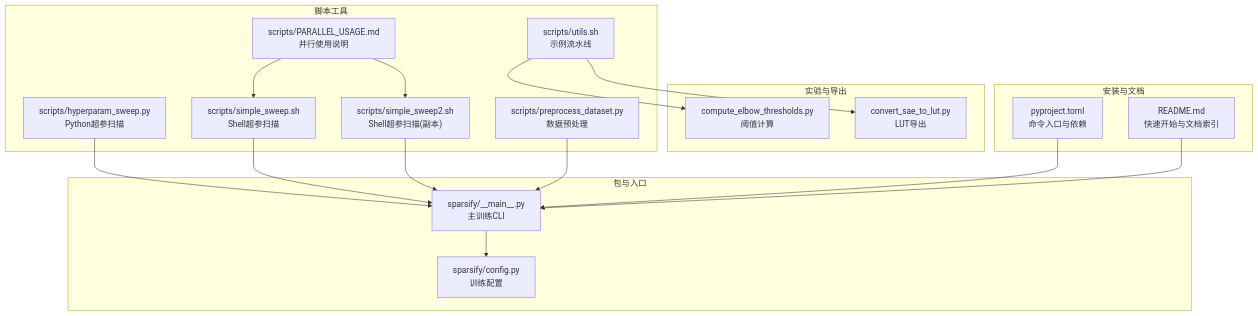
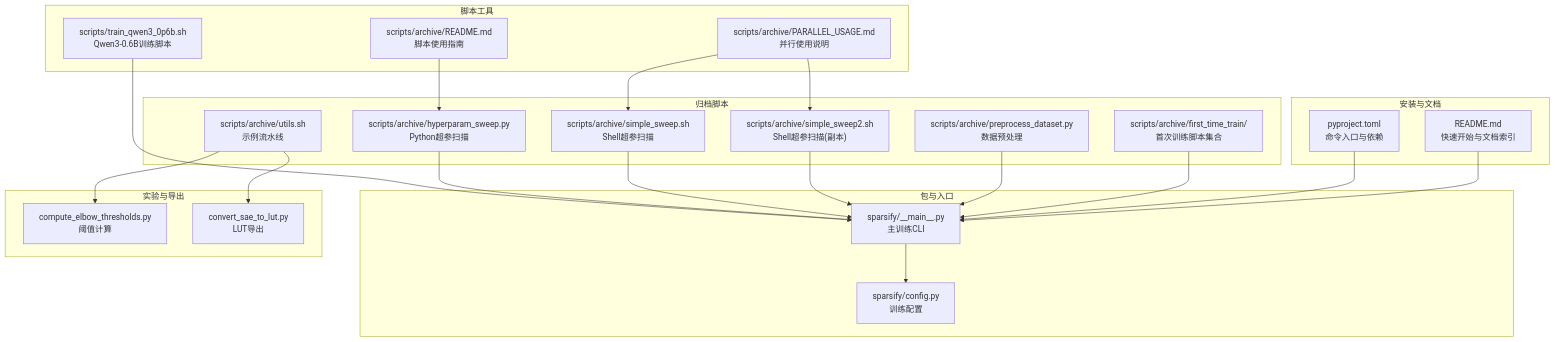
One commit to duanzhaol/sparsify changed the first of 8 diagrams in .qoder/repowiki/zh/content/命令行工具/命令行工具.md. Above: the diagram before and after it, drawn with Mermaid. The commit also changed other lines of this file and 3 other files, not shown here.

````diff
--- a/.qoder/repowiki/zh/content/命令行工具/命令行工具.md
+++ b/.qoder/repowiki/zh/content/命令行工具/命令行工具.md
@@ -49,34 +61,42 @@
 ```mermaid
 graph TB
 subgraph "包与入口"
 A["sparsify/__main__.py<br/>主训练CLI"]
 B["sparsify/config.py<br/>训练配置"]
 end
 subgraph "脚本工具"
-C["scripts/hyperparam_sweep.py<br/>Python超参扫描"]
-D["scripts/simple_sweep.sh<br/>Shell超参扫描"]
-E["scripts/simple_sweep2.sh<br/>Shell超参扫描(副本)"]
-F["scripts/preprocess_dataset.py<br/>数据预处理"]
-G["scripts/utils.sh<br/>示例流水线"]
-H["scripts/PARALLEL_USAGE.md<br/>并行使用说明"]
+C["scripts/train_qwen3_0p6b.sh<br/>Qwen3-0.6B训练脚本"]
+D["scripts/archive/README.md<br/>脚本使用指南"]
+E["scripts/archive/PARALLEL_USAGE.md<br/>并行使用说明"]
+end
+subgraph "归档脚本"
+F["scripts/archive/hyperparam_sweep.py<br/>Python超参扫描"]
+G["scripts/archive/simple_sweep.sh<br/>Shell超参扫描"]
+H["scripts/archive/simple_sweep2.sh<br/>Shell超参扫描(副本)"]
+I["scripts/archive/preprocess_dataset.py<br/>数据预处理"]
+J["scripts/archive/utils.sh<br/>示例流水线"]
+K["scripts/archive/first_time_train/<br/>首次训练脚本集合"]
 end
 subgraph "实验与导出"
-I["compute_elbow_thresholds.py<br/>阈值计算"]
-J["convert_sae_to_lut.py<br/>LUT导出"]
+L["compute_elbow_thresholds.py<br/>阈值计算"]
+M["convert_sae_to_lut.py<br/>LUT导出"]
 end
 subgraph "安装与文档"
-K["pyproject.toml<br/>命令入口与依赖"]
-L["README.md<br/>快速开始与文档索引"]
+N["pyproject.toml<br/>命令入口与依赖"]
+O["README.md<br/>快速开始与文档索引"]
 end
 A --> B
 C --> A
-D --> A
-E --> A
+D --> F
+E --> G
+E --> H
 F --> A
-G --> I
-G --> J
-H --> D
-H --> E
+G --> A
+H --> A
+I --> A
+J --> L
+J --> M
 K --> A
-L --> A
+N --> A
+O --> A
 ```
````
